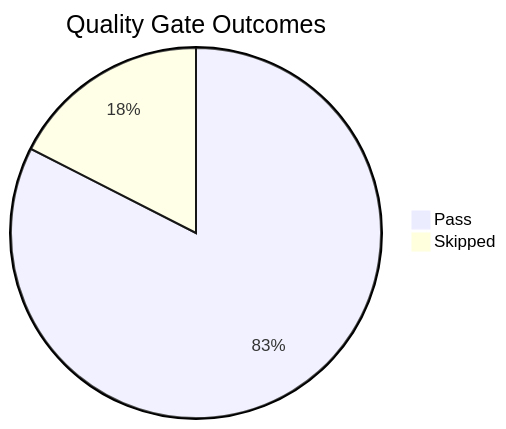
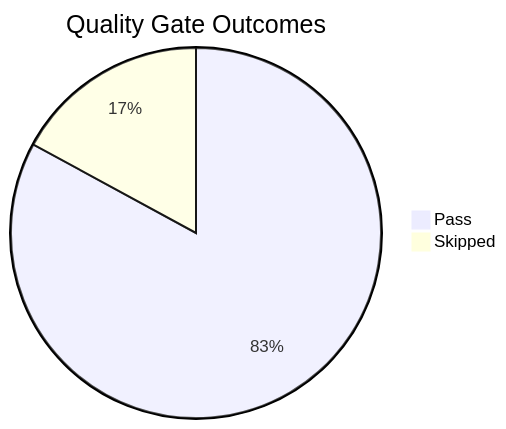
Before and after one commit to yeongseon/azure-app-service-practical-guide: the diagram in docs/meta/golden-status.md, drawn with Mermaid. The commit also changed other lines of this file and 6 other files, not shown here.

````diff
--- a/docs/meta/golden-status.md
+++ b/docs/meta/golden-status.md
@@ -42,5 +44,5 @@
 ```mermaid
 pie title Quality Gate Outcomes
-    "Pass" : 33
+    "Pass" : 34
     "Skipped" : 7
 ```
````
